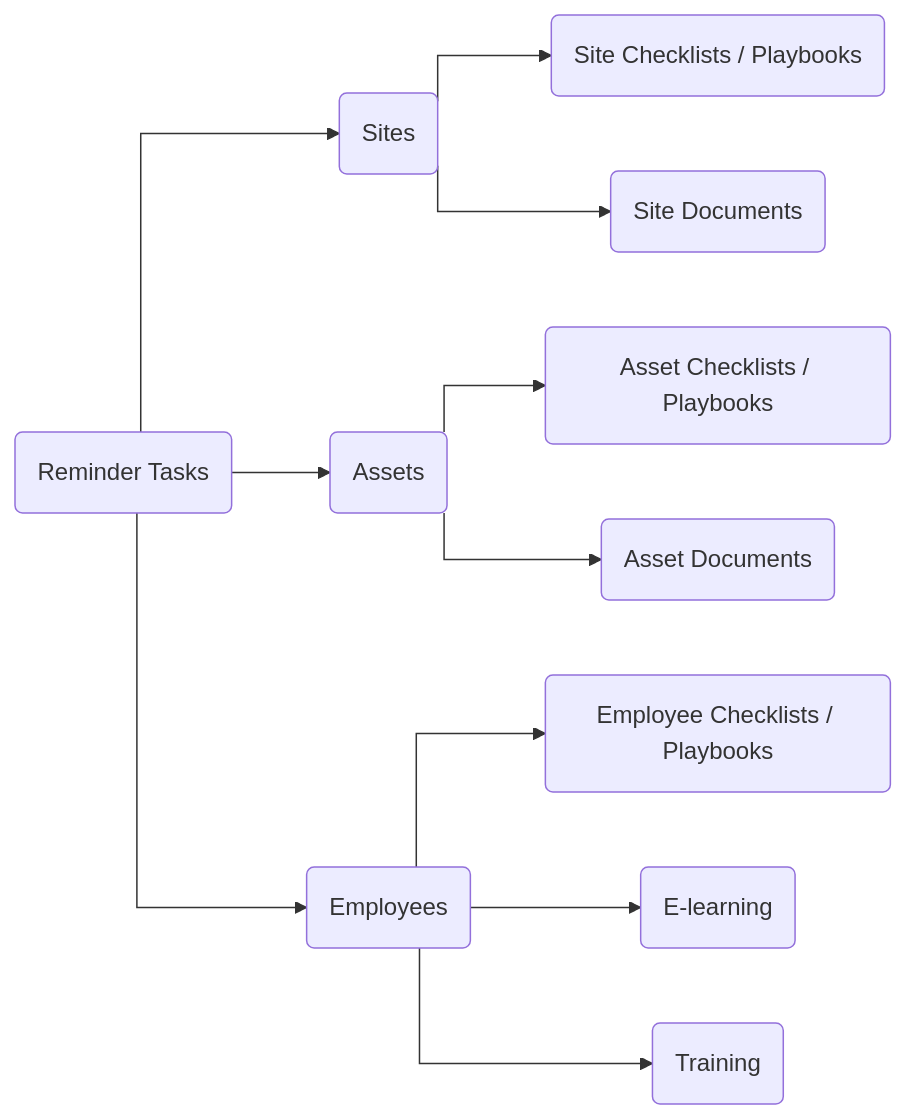
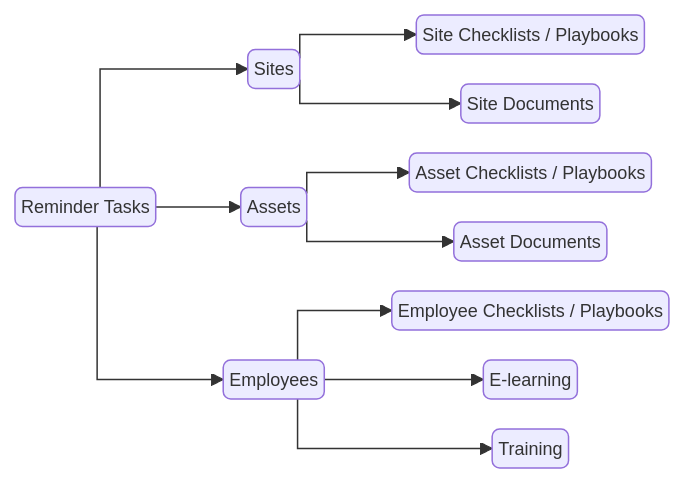
The diagram in docs/drafts/types-of-task.md (opus-safety/opus-knowledge-base), drawn with Mermaid before and after one commit.

Commit message:
edit to types-of-task.md diagram

````diff
--- a/docs/drafts/types-of-task.md
+++ b/docs/drafts/types-of-task.md
@@ -15,33 +15,33 @@
 ```mermaid
-%%{init: {'flowchart': {'curve': 'stepBefore'}}}%%
+%%{init: {'flowchart': {'curve': 'stepBefore', 'nodeSpacing': 20, 'rankSpacing': 45, 'padding': 4}, 'themeVariables': {'fontSize': '12px'}}}%%
 
 graph LR
 
 R(Reminder Tasks)
 
 R --> S(Sites)
 
 R --> A(Assets)
 
 R --> E(Employees)
 
 S --> S1(Site Checklists / Playbooks)
 
 S --> S2(Site Documents)
 
 A --> A1(Asset Checklists / Playbooks)
 
 A --> A2(Asset Documents)
 
 E --> E1(Employee Checklists / Playbooks)
 
 E --> E2(E-learning)
 
 E --> E3(Training)
 
 class R root
 
 class S,A,E branch
 
 class S1,S2,A1,A2,E1,E2,E3 leaf
 ```
````
